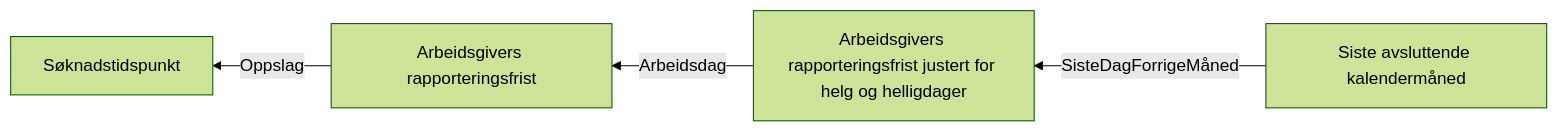
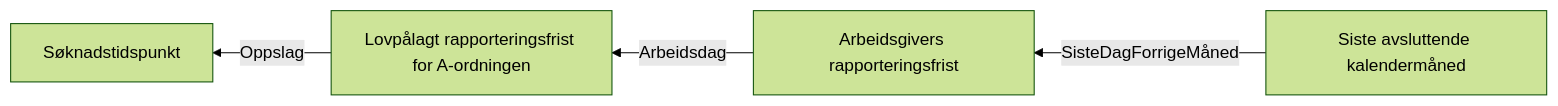
One commit to navikt/dp-vedtak changed the diagram in docs/regler/Dagpengeforskriften § 3A-2. Siste avsluttede kalendermåned.approved.md. Above: the diagram before and after it, drawn with Mermaid (forest theme). The commit also changed 1 other file, not shown here.

Commit message:
Flytt rapporteringsfristlogikk for A-ordningen ut i eget objekt

````diff
--- a/docs/regler/Dagpengeforskriften § 3A-2. Siste avsluttede kalendermåned.approved.md
+++ b/docs/regler/Dagpengeforskriften § 3A-2. Siste avsluttede kalendermåned.approved.md
@@ -5,6 +5,6 @@
 ```mermaid
                     graph RL
-  A["Arbeidsgivers rapporteringsfrist"] -->|Oppslag| B["Søknadstidspunkt"]
-  C["Arbeidsgivers rapporteringsfrist justert for helg og helligdager"] -->|Arbeidsdag| A["Arbeidsgivers rapporteringsfrist"]
-  D["Siste avsluttende kalendermåned"] -->|SisteDagForrigeMåned| C["Arbeidsgivers rapporteringsfrist justert for helg og helligdager"]
+  A["Lovpålagt rapporteringsfrist for A-ordningen"] -->|Oppslag| B["Søknadstidspunkt"]
+  C["Arbeidsgivers rapporteringsfrist"] -->|Arbeidsdag| A["Lovpålagt rapporteringsfrist for A-ordningen"]
+  D["Siste avsluttende kalendermåned"] -->|SisteDagForrigeMåned| C["Arbeidsgivers rapporteringsfrist"]
 ```
````
